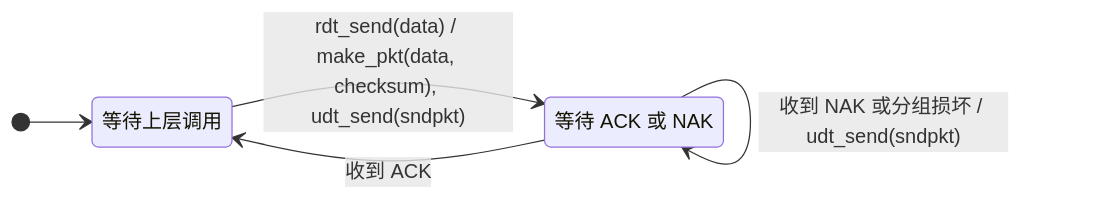
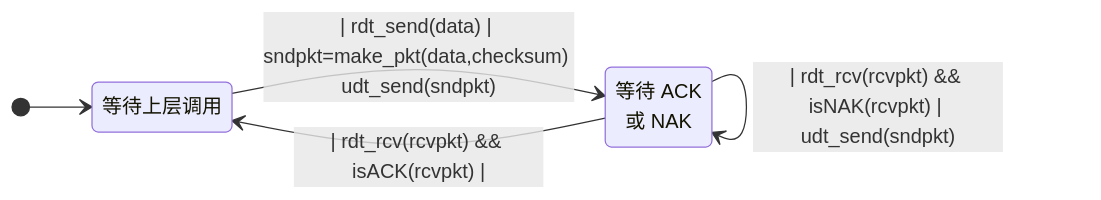
Before and after one commit to Meer-Matze/Meer-Matze.github.io: the eighth of 26 diagrams in src/content/posts/运输层.md, drawn with Mermaid. The commit also changed other lines of this file, not shown here.

````diff
--- a/src/content/posts/运输层.md
+++ b/src/content/posts/运输层.md
@@ -336,10 +331,10 @@
 ```mermaid
 stateDiagram-v2
     direction LR
     [*] --> WaitCall
     WaitCall: 等待上层调用
-    WaitAck: 等待 ACK 或 NAK
-    WaitCall --> WaitAck: rdt_send(data) / make_pkt(data, checksum), udt_send(sndpkt)
-    WaitAck --> WaitAck: 收到 NAK 或分组损坏 / udt_send(sndpkt)
-    WaitAck --> WaitCall: 收到 ACK
+    WaitAck: 等待 ACK<br>或 NAK
+    WaitCall --> WaitAck:| rdt_send(data) | sndpkt=make_pkt(data,checksum) udt_send(sndpkt)
+    WaitAck --> WaitAck:| rdt_rcv(rcvpkt) && isNAK(rcvpkt) | udt_send(sndpkt)
+    WaitAck --> WaitCall:| rdt_rcv(rcvpkt) && isACK(rcvpkt) |
 ```
````
